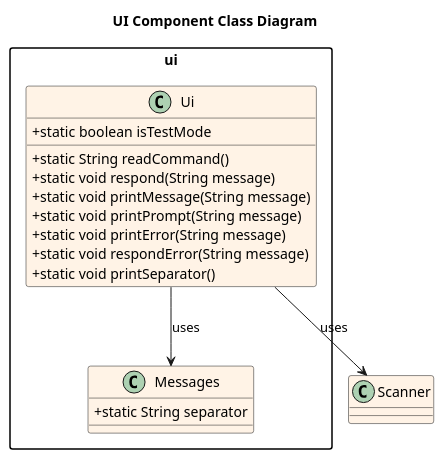
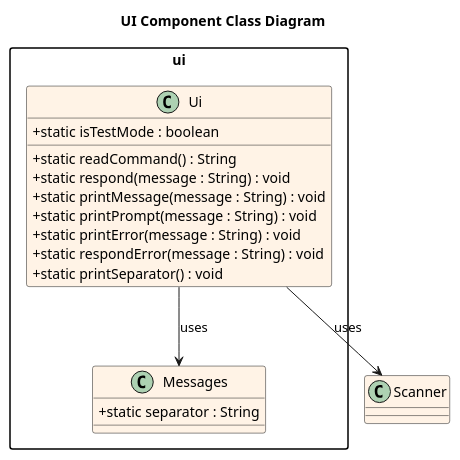
Before and after one commit to ashutoshalung/tp: the diagram in docs/diagrams/UIComponent_ClassDiagram.puml, drawn with PlantUML. The commit also changed 18 other files, not shown here.

Commit message:
Fix Sequence diagrams

```diff
--- a/docs/diagrams/UIComponent_ClassDiagram.puml
+++ b/docs/diagrams/UIComponent_ClassDiagram.puml
@@ -1,33 +1,32 @@
 @startuml UiComponent_ClassDiagram
 
 title UI Component Class Diagram
 
 skinparam classAttributeIconSize 0
 skinparam classBackgroundColor #FFF3E6
 skinparam packageStyle rectangle
 skinparam shadowing false
 
 package "ui" {
 class Ui {
-+static boolean isTestMode
-+static String readCommand()
-+static void respond(String message)
-+static void printMessage(String message)
-+static void printPrompt(String message)
-+static void printError(String message)
-+static void respondError(String message)
-+static void printSeparator()
++static isTestMode : boolean
++static readCommand() : String
++static respond(message : String) : void
++static printMessage(message : String) : void
++static printPrompt(message : String) : void
++static printError(message : String) : void
++static respondError(message : String) : void
++static printSeparator() : void
 }
 
 class Messages {
-  +static String separator
++static separator : String
 }
-
 
 }
 
 /' Relationships '/
 Ui --> Messages : uses
 Ui --> Scanner : uses
 
 @enduml
```
